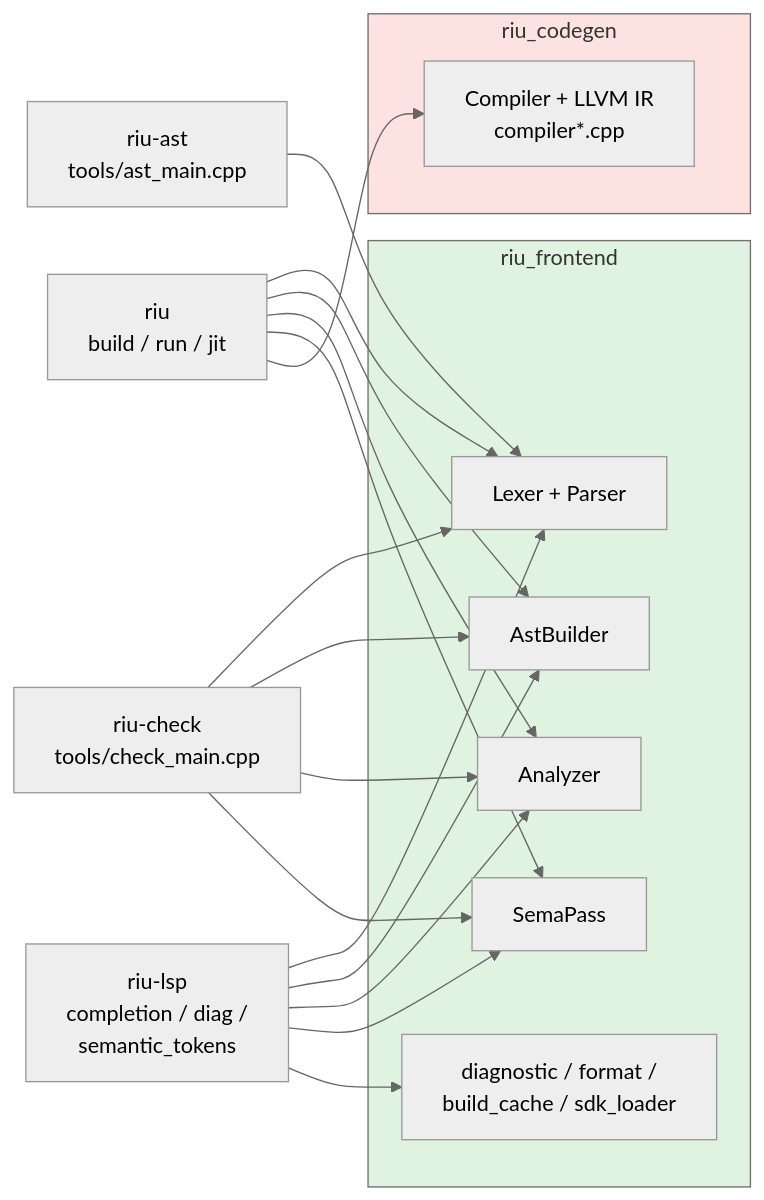
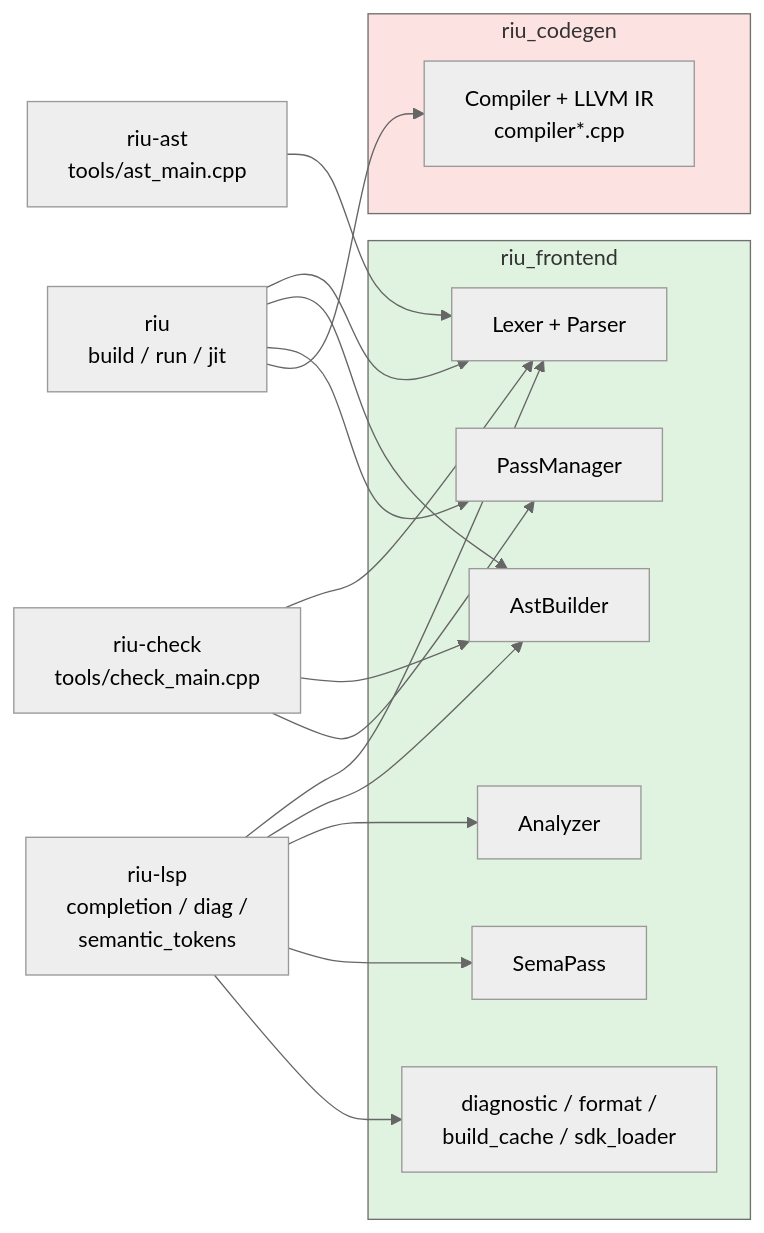
One commit to riu-lang/riu changed the third of 6 diagrams in riu.md. Above: the diagram before and after it, drawn with Mermaid (neutral theme). The commit also changed other lines of this file and 13 other files, not shown here.

First line of the commit message:
refactor: 用薄 PassManager 串 Sema、checkers 和 codegen

````diff
--- a/riu.md
+++ b/riu.md
@@ -95,22 +97,23 @@
 ```mermaid
 flowchart LR
     subgraph FE [riu_frontend]
         L[Lexer + Parser]
         B[AstBuilder]
+        PM[PassManager]
         A[Analyzer]
         S[SemaPass]
         D[diagnostic / format /<br/>build_cache / sdk_loader]
     end
 
     subgraph CG [riu_codegen]
         C[Compiler + LLVM IR<br/>compiler*.cpp]
     end
 
-    riubin[riu<br/>build / run / jit] --> L & B & A & S & C
+    riubin[riu<br/>build / run / jit] --> L & B & PM & C
     lspbin[riu-lsp<br/>completion / diag /<br/>semantic_tokens] --> L & B & A & S & D
     astbin[riu-ast<br/>tools/ast_main.cpp] --> L
-    checkbin[riu-check<br/>tools/check_main.cpp] --> L & B & A & S
+    checkbin[riu-check<br/>tools/check_main.cpp] --> L & B & PM
 
     style CG fill:#fde2e2
     style FE fill:#e0f3e0
 ```
````
